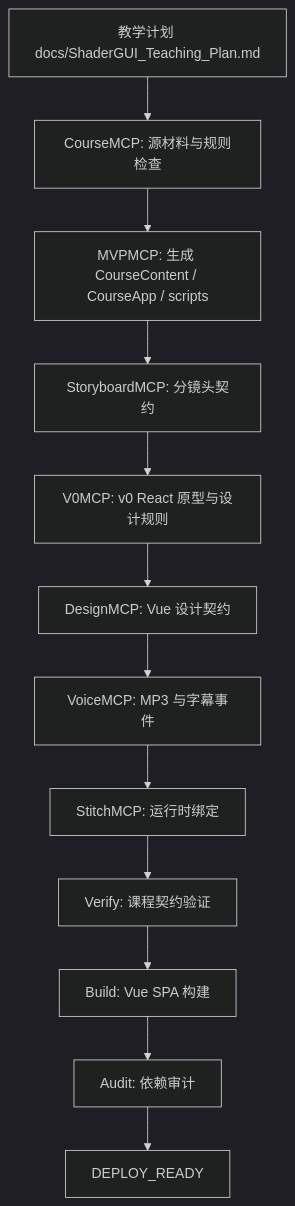
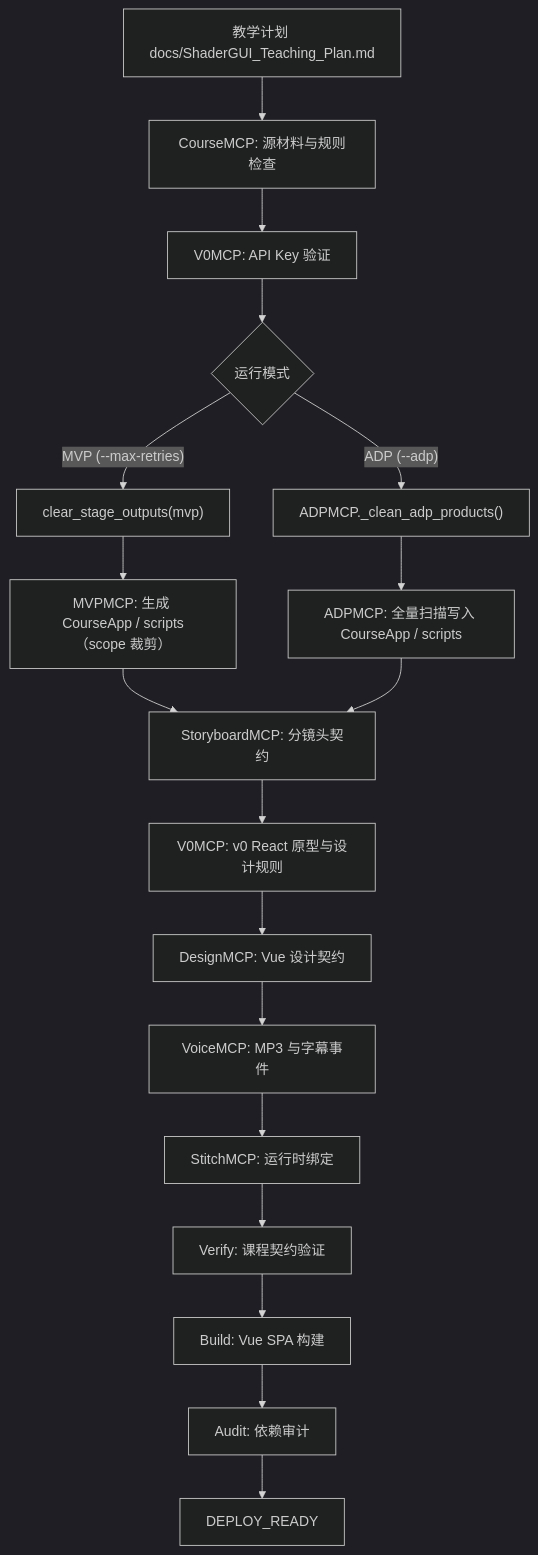
One commit to Gino-Y/ShaderGUI_Learning_v1.0 changed the diagram in docs/Skill_Chain_DAG.md. Above: the diagram before and after it, drawn with Mermaid (dark theme). The commit also changed other lines of this file and 2 other files, not shown here.

````diff
--- a/docs/Skill_Chain_DAG.md
+++ b/docs/Skill_Chain_DAG.md
@@ -18,14 +18,20 @@
 ```mermaid
 flowchart TD
   A["教学计划 docs/ShaderGUI_Teaching_Plan.md"] --> B["CourseMCP: 源材料与规则检查"]
-  B --> C["MVPMCP: 生成 CourseContent / CourseApp / scripts"]
+  B --> B2["V0MCP: API Key 验证"]
+  B2 --> C0{"运行模式"}
+  C0 -->|"MVP (--max-retries)"| C1["clear_stage_outputs(mvp)"]
+  C0 -->|"ADP (--adp)"| C2["ADPMCP._clean_adp_products()"]
+  C1 --> C["MVPMCP: 生成 CourseApp / scripts（scope 裁剪）"]
+  C2 --> C3["ADPMCP: 全量扫描写入 CourseApp / scripts"]
   C --> D["StoryboardMCP: 分镜头契约"]
+  C3 --> D
   D --> E["V0MCP: v0 React 原型与设计规则"]
   E --> F["DesignMCP: Vue 设计契约"]
   F --> G["VoiceMCP: MP3 与字幕事件"]
   G --> H["StitchMCP: 运行时绑定"]
   H --> I["Verify: 课程契约验证"]
   I --> J["Build: Vue SPA 构建"]
   J --> K["Audit: 依赖审计"]
   K --> L["DEPLOY_READY"]
 ```
````
